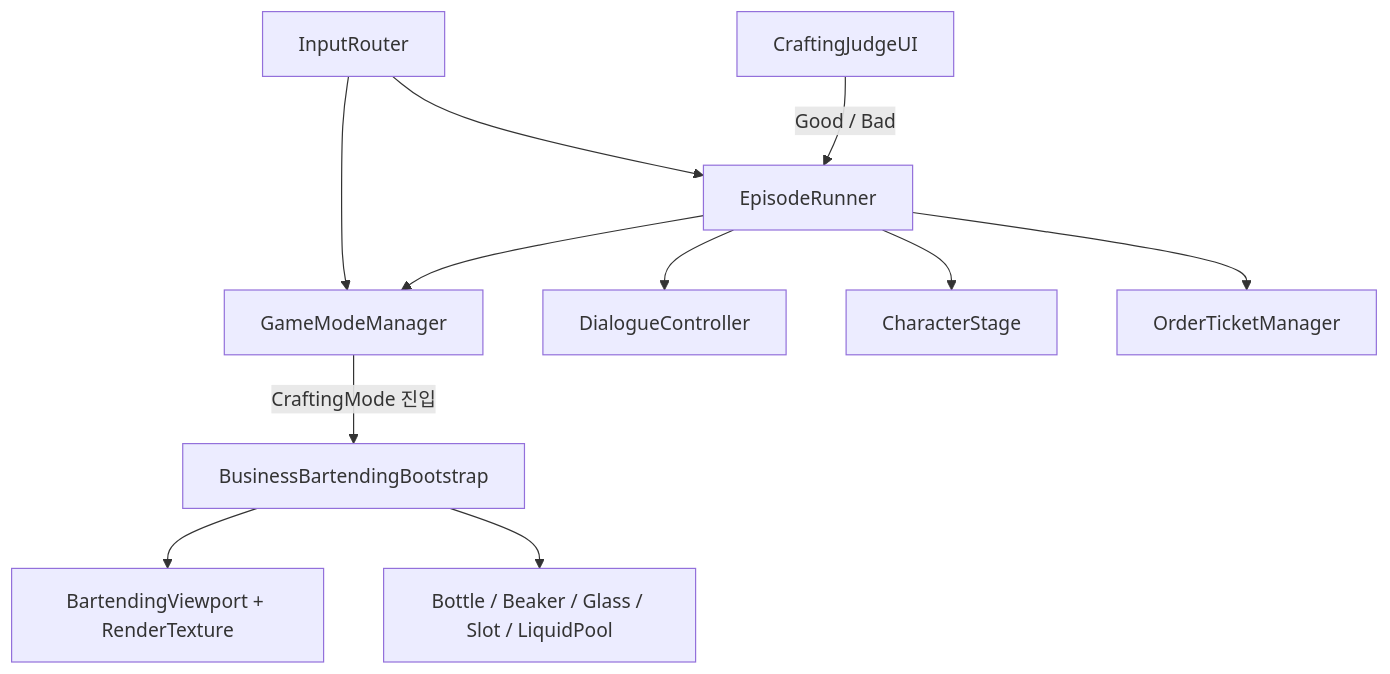
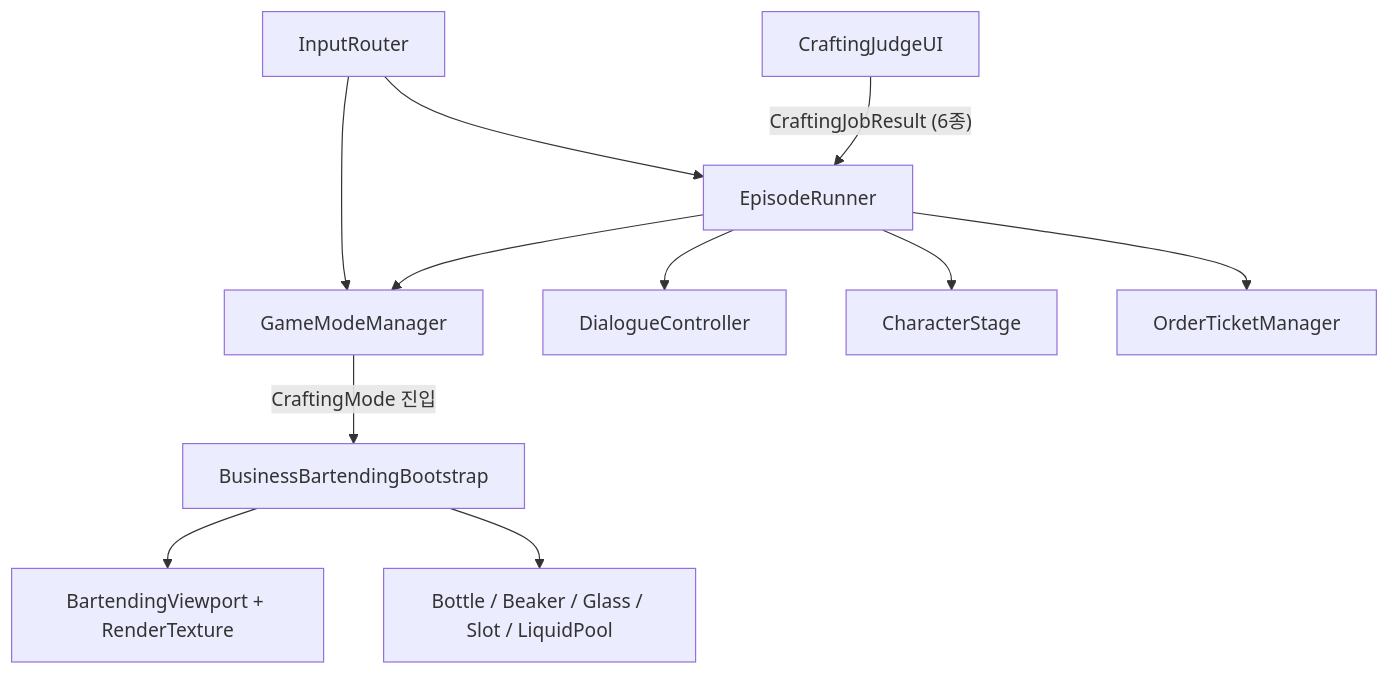
Before and after one commit to seacweed/slainte: the sixth of 7 diagrams in docs/core/project-code-map.md, drawn with Mermaid. The commit also changed 41 other files, not shown here.

````diff
--- a/docs/core/project-code-map.md
+++ b/docs/core/project-code-map.md
@@ -169,14 +169,14 @@
 ```mermaid
 flowchart TB
     Input["InputRouter"] --> Mode["GameModeManager"]
     Input --> Runner["EpisodeRunner"]
     Runner --> Dialogue["DialogueController"]
     Runner --> Stage["CharacterStage"]
     Runner --> Ticket["OrderTicketManager"]
     Runner --> Mode
 
     Mode -->|"CraftingMode 진입"| Bootstrap["BusinessBartendingBootstrap"]
     Bootstrap --> Viewport["BartendingViewport + RenderTexture"]
     Bootstrap --> Physics["Bottle / Beaker / Glass / Slot / LiquidPool"]
-    Judge["CraftingJudgeUI"] -->|"Good / Bad"| Runner
+    Judge["CraftingJudgeUI"] -->|"CraftingJobResult (6종)"| Runner
 ```
````
